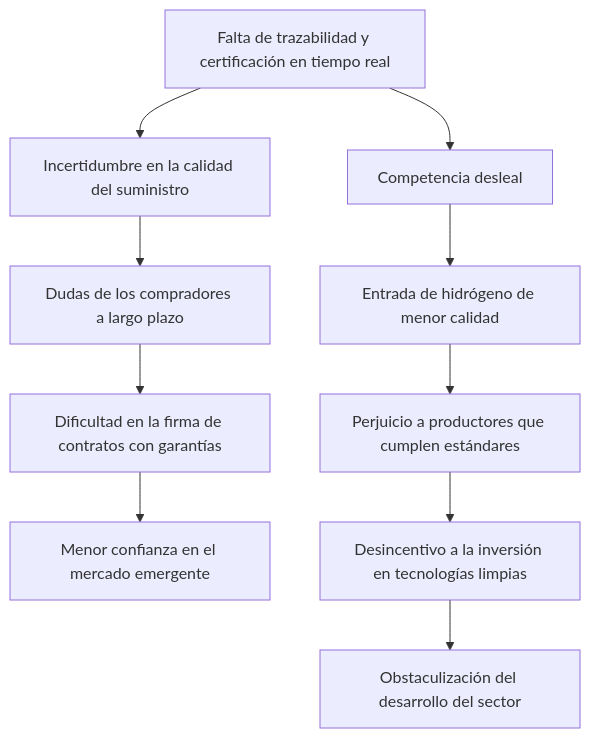
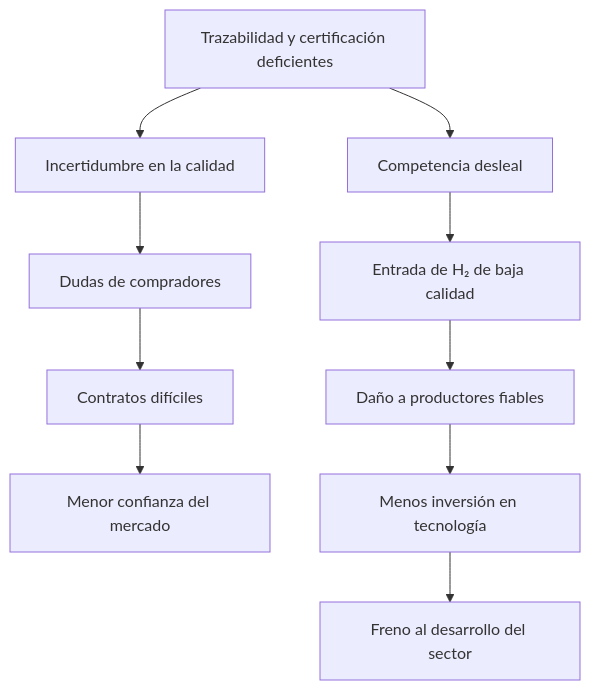
One commit to rubenvmu/loghid changed the tenth of 10 diagrams in README.md. Above: the diagram before and after it, drawn with Mermaid.

````diff
--- a/README.md
+++ b/README.md
@@ -532,13 +532,13 @@
 ```mermaid
 graph TD;
-    A[Falta de trazabilidad y certificación en tiempo real] --> B[Incertidumbre en la calidad del suministro]
-    B --> C[Dudas de los compradores a largo plazo]
-    C --> D[Dificultad en la firma de contratos con garantías]
-    D --> E[Menor confianza en el mercado emergente]
+    A[Trazabilidad y certificación deficientes] --> B[Incertidumbre en la calidad]
+    B --> C[Dudas de compradores]
+    C --> D[Contratos difíciles]
+    D --> E[Menor confianza del mercado]
 
     A --> F[Competencia desleal]
-    F --> G[Entrada de hidrógeno de menor calidad]
-    G --> H[Perjuicio a productores que cumplen estándares]
-    H --> I[Desincentivo a la inversión en tecnologías limpias]
-    I --> J[Obstaculización del desarrollo del sector]
+    F --> G[Entrada de H₂ de baja calidad]
+    G --> H[Daño a productores fiables]
+    H --> I[Menos inversión en tecnología]
+    I --> J[Freno al desarrollo del sector]
 ```
````
